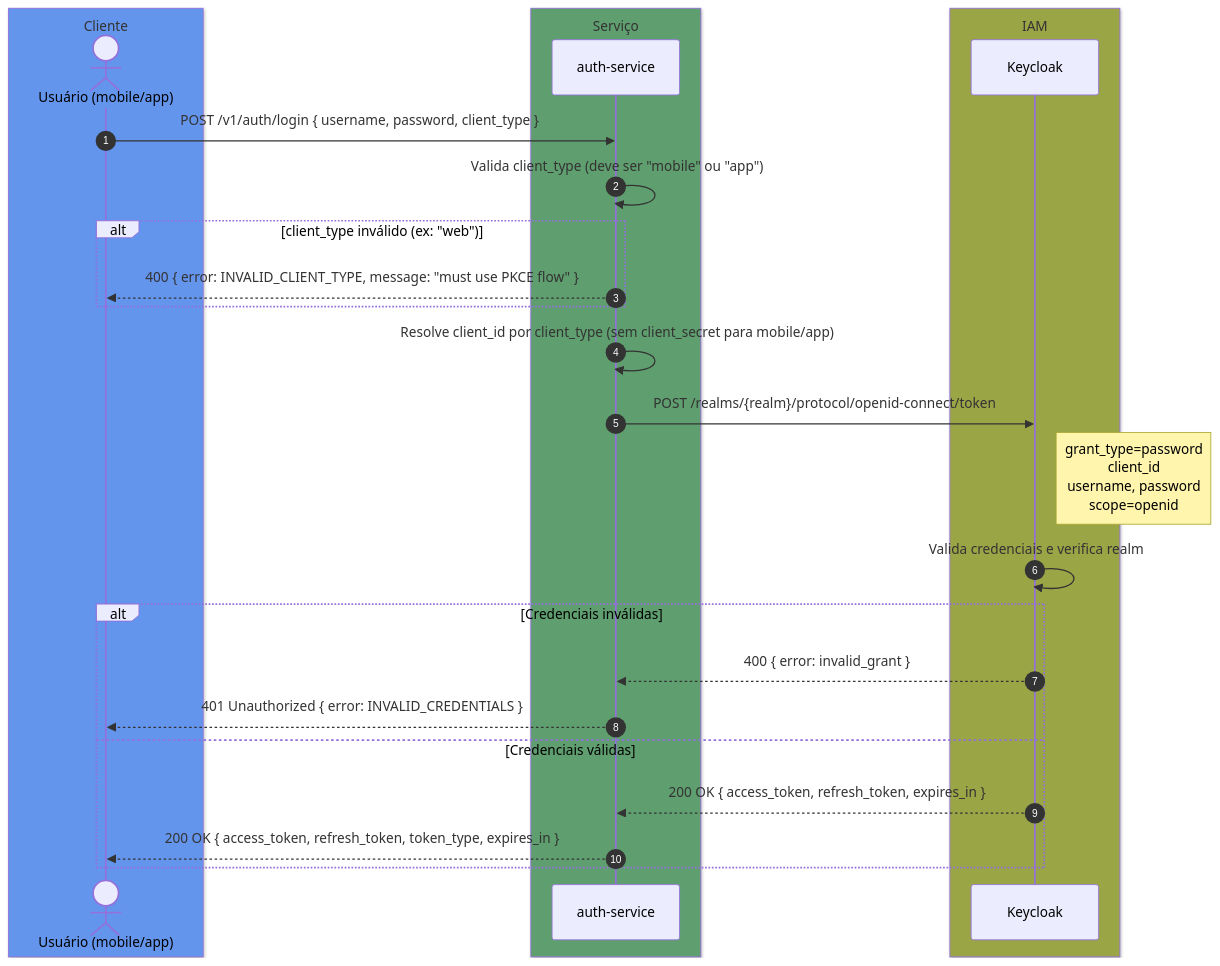
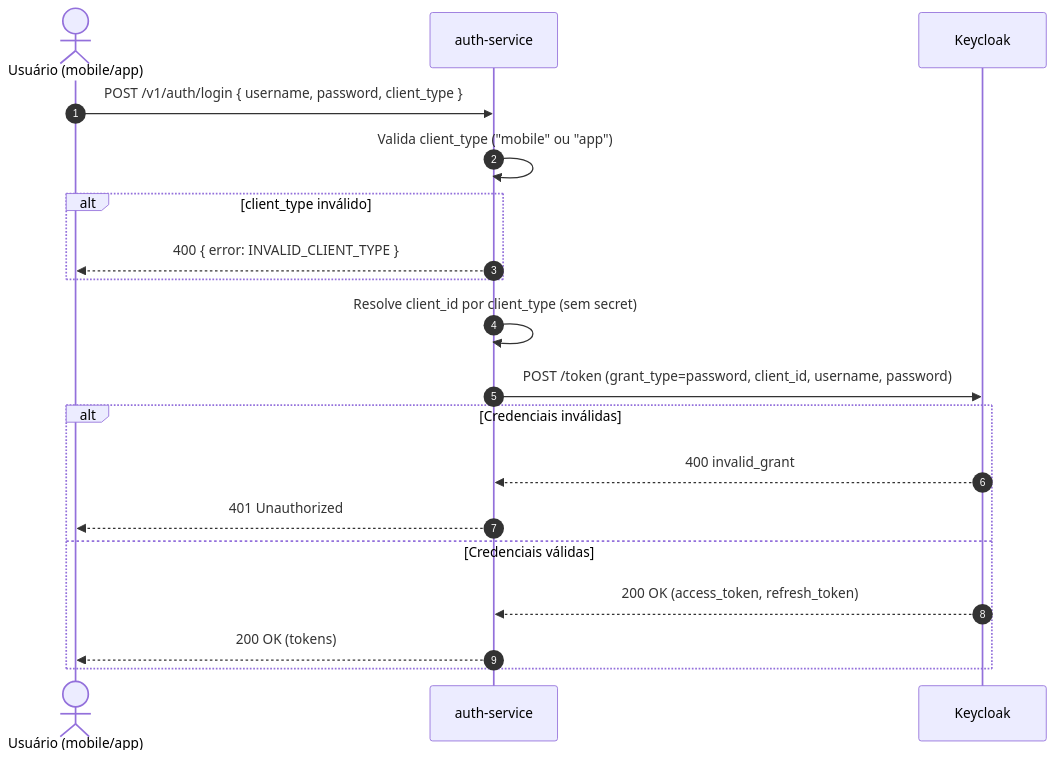
The diagram in docs/diagrams/auth-ropc-login-flow.md (LeoGBarros/AI_Project), drawn with Mermaid before and after one commit. The commit also changed other lines of this file and 6 other files, not shown here.

Commit message:
fix diagrams

````diff
--- a/docs/diagrams/auth-ropc-login-flow.md
+++ b/docs/diagrams/auth-ropc-login-flow.md
@@ -60,37 +42,28 @@
 ```mermaid
 sequenceDiagram
     autonumber
 
-    box rgb(100, 149, 237) Cliente
-        actor Usuario as Usuário (mobile/app)
-    end
-    box rgb(95, 158, 110) Serviço
-        participant AuthSvc as auth-service
-    end
-    box rgb(154, 165, 70) IAM
-        participant Keycloak as Keycloak
-    end
+    actor Usuario as Usuário (mobile/app)
+    participant AuthSvc as auth-service
+    participant Keycloak as Keycloak
 
     Usuario->>AuthSvc: POST /v1/auth/login { username, password, client_type }
 
-    AuthSvc->>AuthSvc: Valida client_type (deve ser "mobile" ou "app")
+    AuthSvc->>AuthSvc: Valida client_type ("mobile" ou "app")
 
-    alt client_type inválido (ex: "web")
-        AuthSvc-->>Usuario: 400 { error: INVALID_CLIENT_TYPE, message: "must use PKCE flow" }
+    alt client_type inválido
+        AuthSvc-->>Usuario: 400 { error: INVALID_CLIENT_TYPE }
     end
 
-    AuthSvc->>AuthSvc: Resolve client_id por client_type (sem client_secret para mobile/app)
+    AuthSvc->>AuthSvc: Resolve client_id por client_type (sem secret)
 
-    AuthSvc->>Keycloak: POST /realms/{realm}/protocol/openid-connect/token
-    Note right of Keycloak: grant_type=password<br/>client_id<br/>username, password<br/>scope=openid
-
-    Keycloak->>Keycloak: Valida credenciais e verifica realm
+    AuthSvc->>Keycloak: POST /token (grant_type=password, client_id, username, password)
 
     alt Credenciais inválidas
-        Keycloak-->>AuthSvc: 400 { error: invalid_grant }
-        AuthSvc-->>Usuario: 401 Unauthorized { error: INVALID_CREDENTIALS }
+        Keycloak-->>AuthSvc: 400 invalid_grant
+        AuthSvc-->>Usuario: 401 Unauthorized
     else Credenciais válidas
-        Keycloak-->>AuthSvc: 200 OK { access_token, refresh_token, expires_in }
-        AuthSvc-->>Usuario: 200 OK { access_token, refresh_token, token_type, expires_in }
+        Keycloak-->>AuthSvc: 200 OK (access_token, refresh_token)
+        AuthSvc-->>Usuario: 200 OK (tokens)
     end
 ```
````
